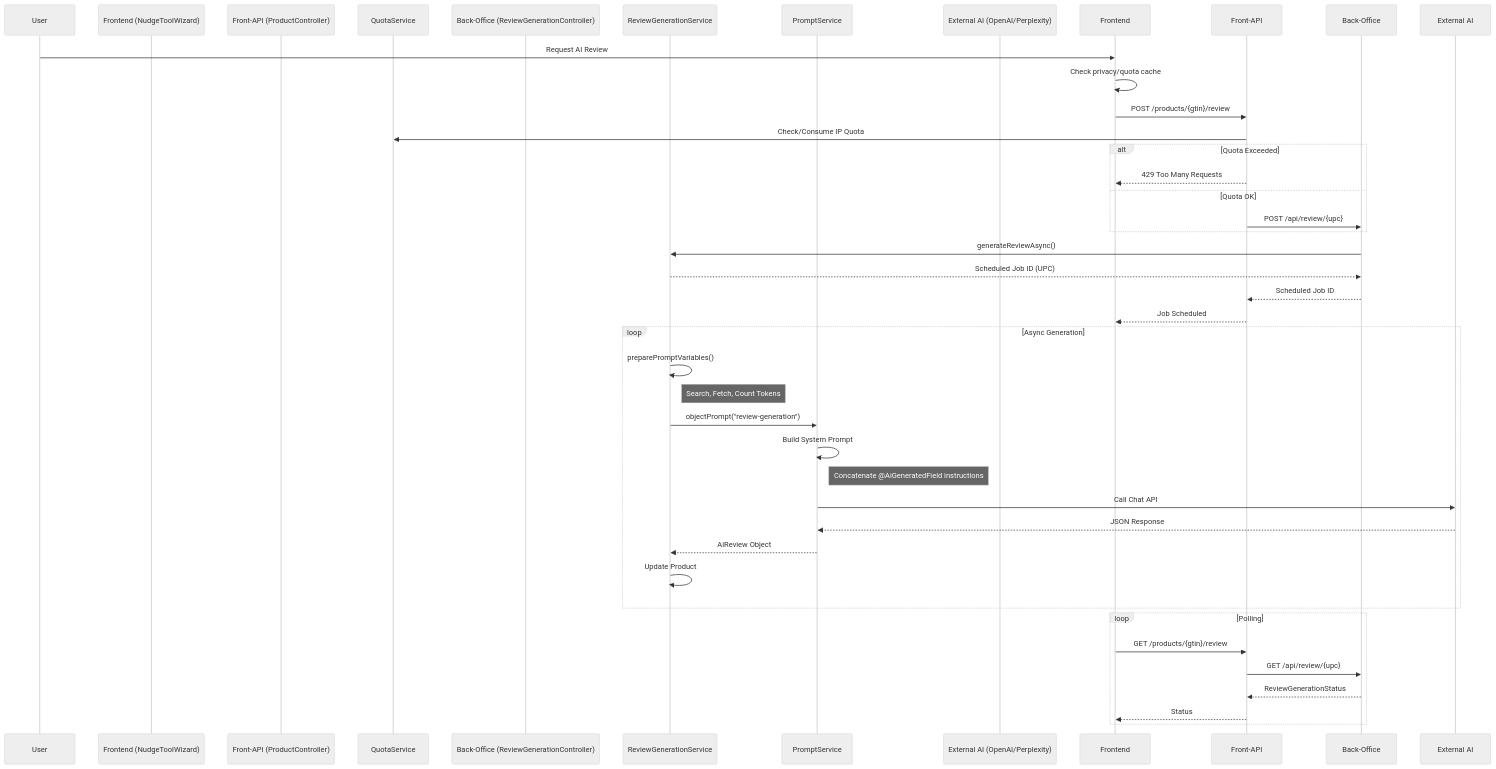
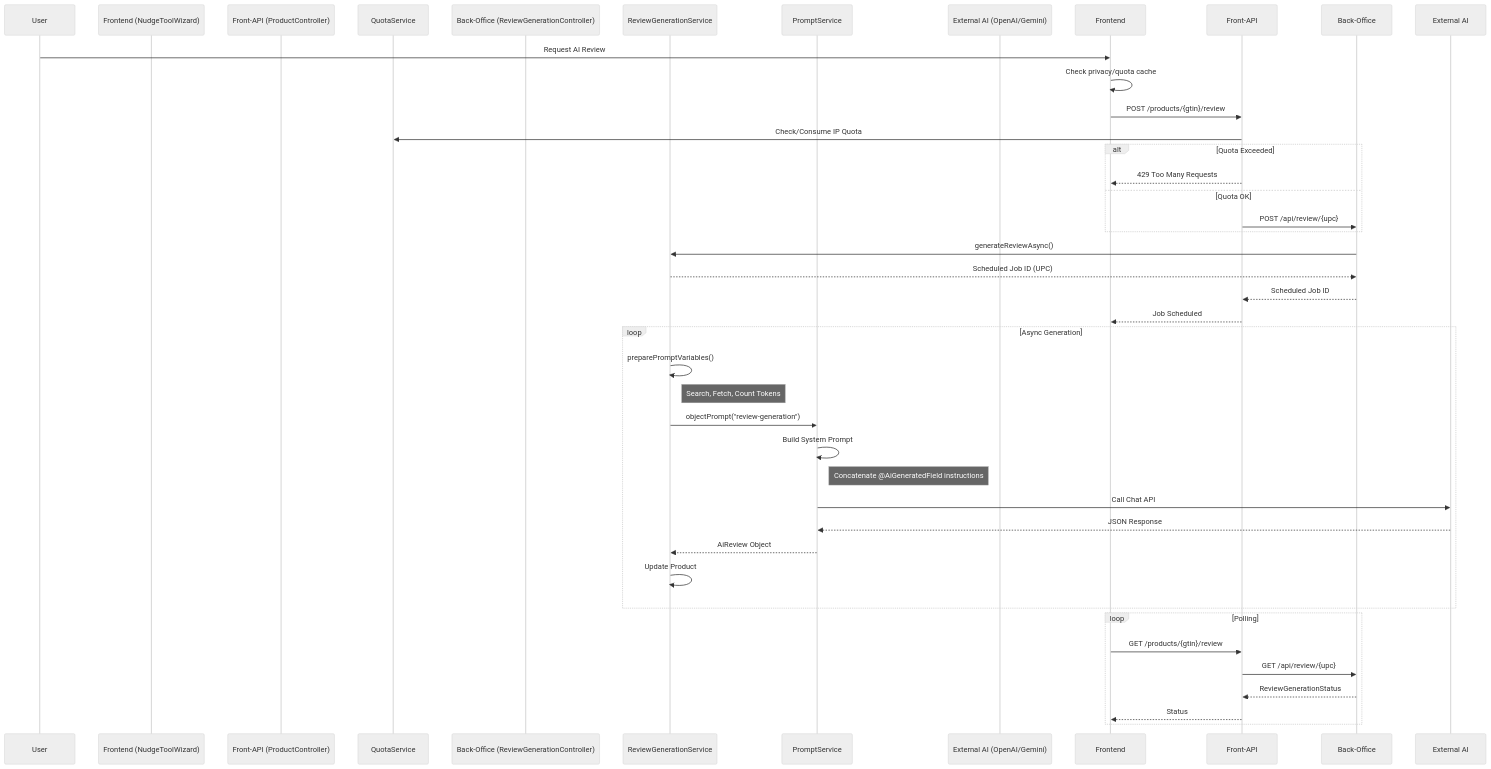
One commit to open4good/open4goods changed the diagram in docs/genai-service-audit.md. Above: the diagram before and after it, drawn with Mermaid (neutral theme). The commit also changed other lines of this file and 35 other files, not shown here.

Commit message:
Refactor prompt providers for OpenAI and Gemini

````diff
--- a/docs/genai-service-audit.md
+++ b/docs/genai-service-audit.md
@@ -9,44 +9,44 @@
 ```mermaid
 sequenceDiagram
     participant User
     participant Frontend (NudgeToolWizard)
     participant Front-API (ProductController)
     participant QuotaService
     participant Back-Office (ReviewGenerationController)
     participant ReviewGenerationService
     participant PromptService
-    participant External AI (OpenAI/Perplexity)
+    participant External AI (OpenAI/Gemini)
 
     User->>Frontend: Request AI Review
     Frontend->>Frontend: Check privacy/quota cache
     Frontend->>Front-API: POST /products/{gtin}/review
     Front-API->>QuotaService: Check/Consume IP Quota
     alt Quota Exceeded
         Front-API-->>Frontend: 429 Too Many Requests
     else Quota OK
         Front-API->>Back-Office: POST /api/review/{upc}
     end
     Back-Office->>ReviewGenerationService: generateReviewAsync()
     ReviewGenerationService-->>Back-Office: Scheduled Job ID (UPC)
     Back-Office-->>Front-API: Scheduled Job ID
     Front-API-->>Frontend: Job Scheduled
 
     loop Async Generation
         ReviewGenerationService->>ReviewGenerationService: preparePromptVariables()
         note right of ReviewGenerationService: Search, Fetch, Count Tokens
         ReviewGenerationService->>PromptService: objectPrompt("review-generation")
         PromptService->>PromptService: Build System Prompt
         note right of PromptService: Concatenate @AiGeneratedField instructions
         PromptService->>External AI: Call Chat API
         External AI-->>PromptService: JSON Response
         PromptService-->>ReviewGenerationService: AiReview Object
         ReviewGenerationService->>ReviewGenerationService: Update Product
     end
 
     loop Polling
         Frontend->>Front-API: GET /products/{gtin}/review
         Front-API->>Back-Office: GET /api/review/{upc}
         Back-Office-->>Front-API: ReviewGenerationStatus
         Front-API-->>Frontend: Status
     end
 ```
````
